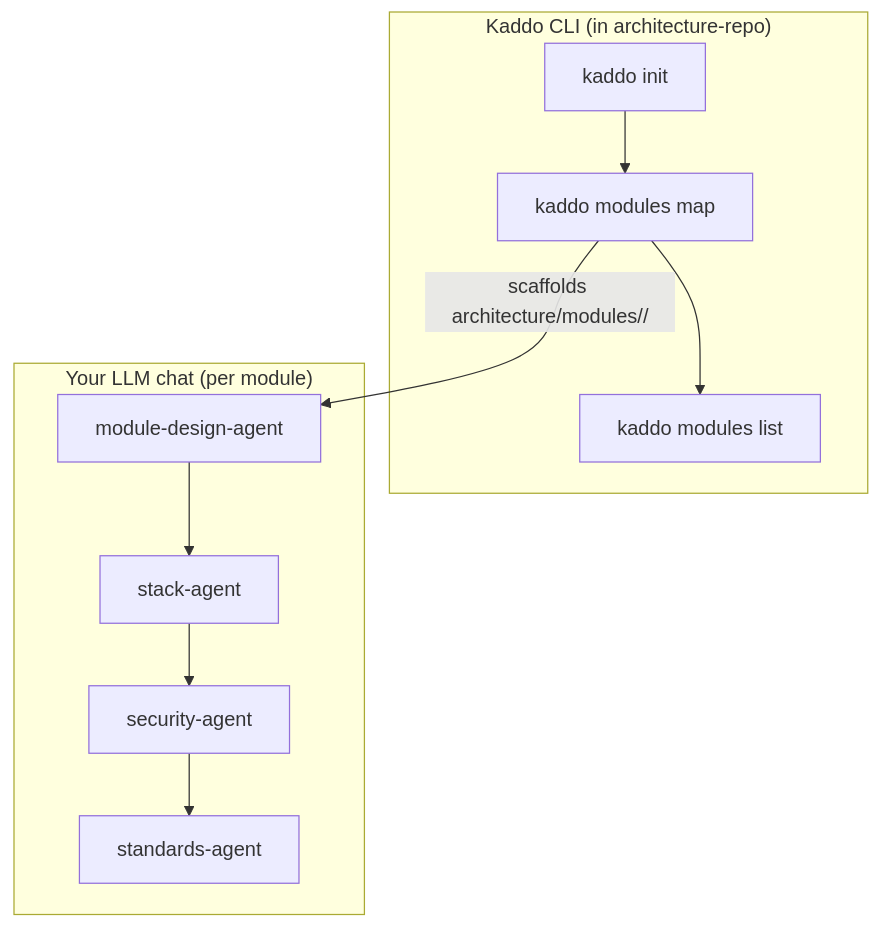
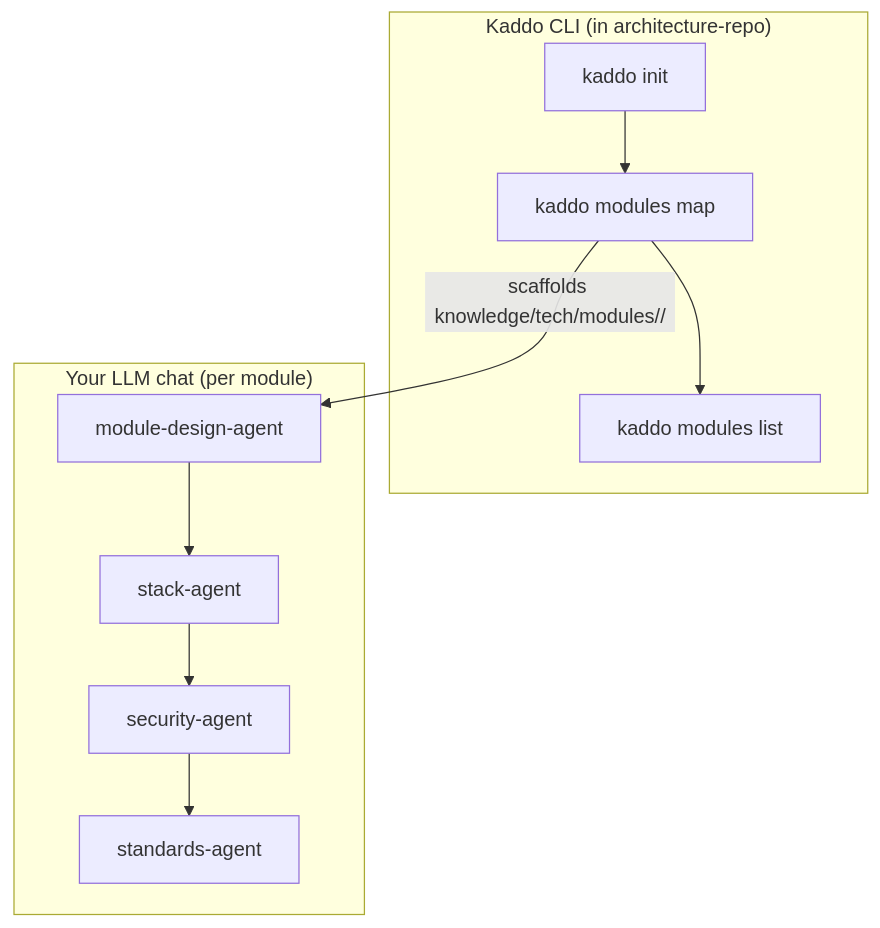
The diagram in examples/multirepo-workspace/prompt-flow.md (Kaddo-kdd/kaddo), drawn with Mermaid before and after one commit. The commit also changed other lines of this file and 105 other files, not shown here.

````diff
--- a/examples/multirepo-workspace/prompt-flow.md
+++ b/examples/multirepo-workspace/prompt-flow.md
@@ -13,13 +13,13 @@
 ```mermaid
 flowchart TD
   subgraph CLI["Kaddo CLI (in architecture-repo)"]
     A[kaddo init] --> B[kaddo modules map]
     B --> C[kaddo modules list]
   end
   subgraph LLM["Your LLM chat (per module)"]
     D[module-design-agent] --> E[stack-agent]
     E --> F[security-agent]
     F --> G[standards-agent]
   end
-  B -->|scaffolds architecture/modules/<id>/| D
+  B -->|scaffolds knowledge/tech/modules/<id>/| D
 ```
````
